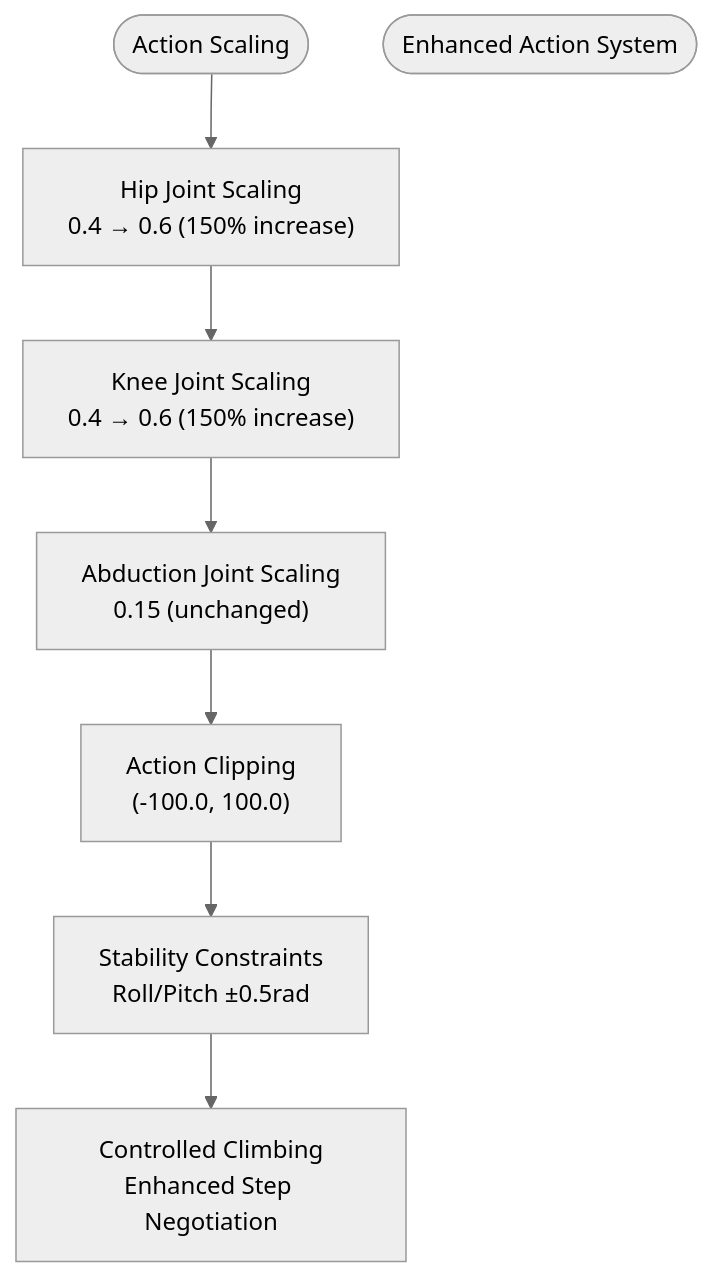
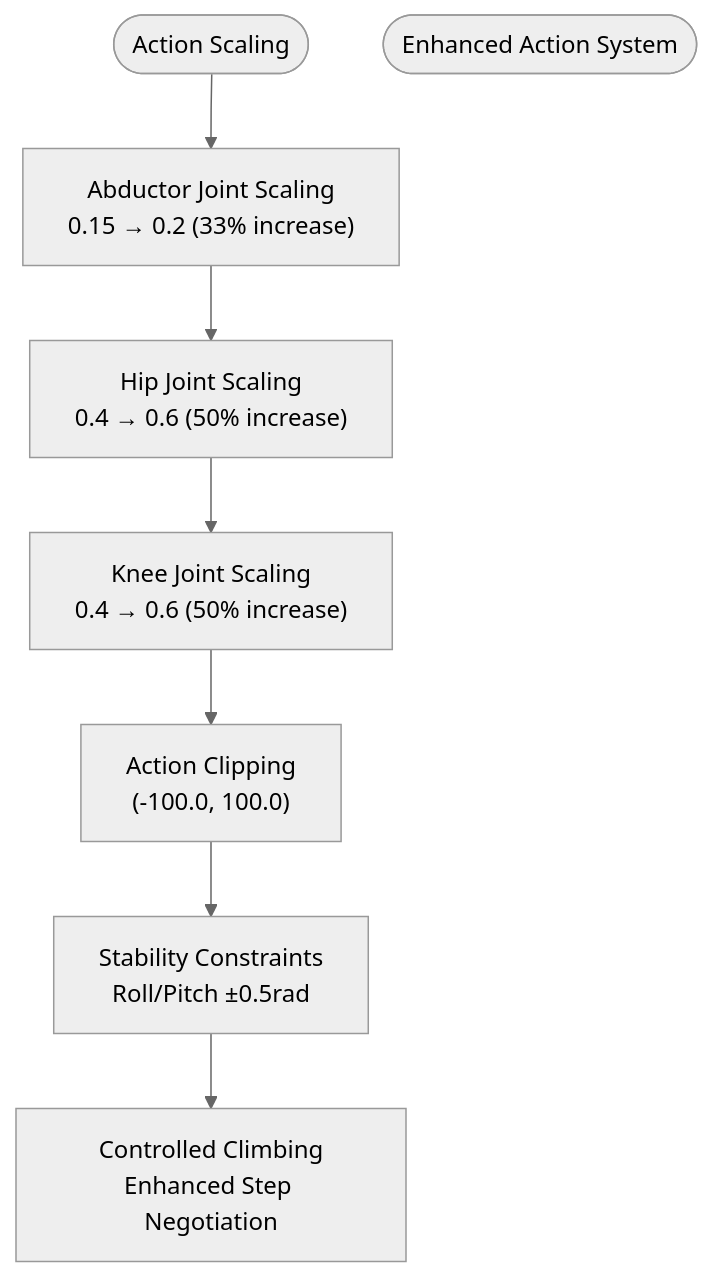
Before and after one commit to jayjayhust/robot_lab: the sixth of 10 diagrams in .qoder/repowiki/en/content/ZSIBOT ZSL1 Stair Climbing Configuration.md, drawn with Mermaid (neutral theme). The commit also changed other lines of this file and 9 other files, not shown here.

````diff
--- a/.qoder/repowiki/en/content/ZSIBOT ZSL1 Stair Climbing Configuration.md
+++ b/.qoder/repowiki/en/content/ZSIBOT ZSL1 Stair Climbing Configuration.md
@@ -356,10 +386,10 @@
 ```mermaid
 flowchart TD
-ACTION_START([Action Scaling]) --> HIP_SCALE["Hip Joint Scaling<br/>0.4 → 0.6 (150% increase)"]
-HIP_SCALE --> KNEE_SCALE["Knee Joint Scaling<br/>0.4 → 0.6 (150% increase)"]
-KNEE_SCALE --> ABAD_SCALE["Abduction Joint Scaling<br/>0.15 (unchanged)"]
-ABAD_SCALE --> CLIPPING["Action Clipping<br/>(-100.0, 100.0)"]
+ACTION_START([Action Scaling]) --> ABAD_SCALE["Abductor Joint Scaling<br/>0.15 → 0.2 (33% increase)"]
+ABAD_SCALE --> HIP_SCALE["Hip Joint Scaling<br/>0.4 → 0.6 (50% increase)"]
+HIP_SCALE --> KNEE_SCALE["Knee Joint Scaling<br/>0.4 → 0.6 (50% increase)"]
+KNEE_SCALE --> CLIPPING["Action Clipping<br/>(-100.0, 100.0)"]
 CLIPPING --> STABILITY["Stability Constraints<br/>Roll/Pitch ±0.5rad"]
 STABILITY --> CONTROLLED["Controlled Climbing<br/>Enhanced Step Negotiation"]
 ACTION_END([Enhanced Action System])
 ```
````
